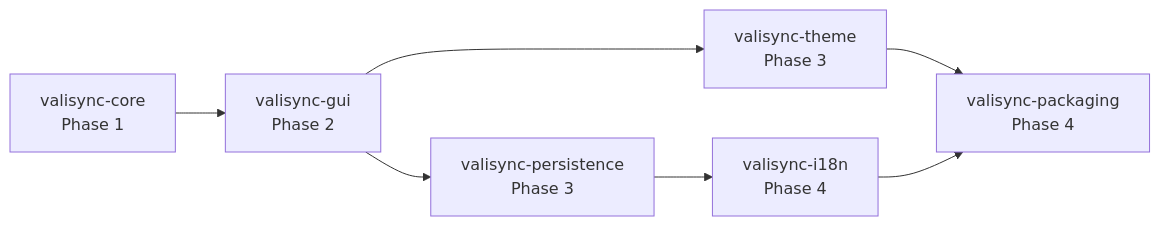
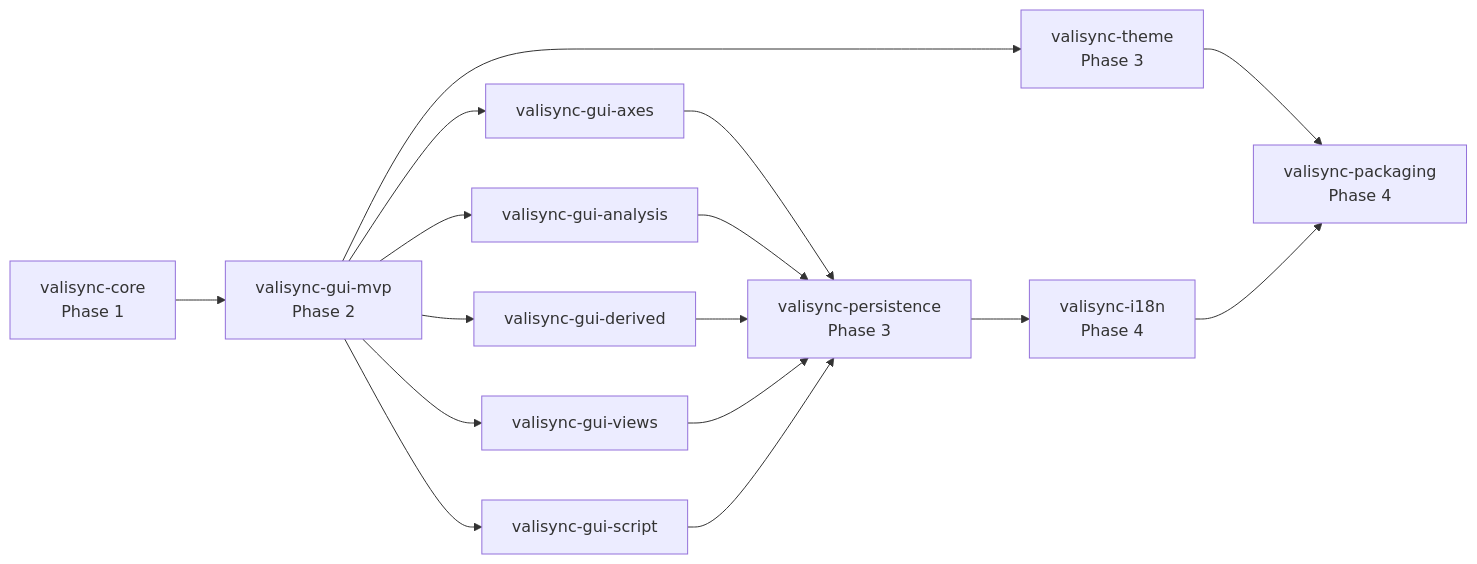
The second of 2 diagrams in docs/roadmap.md (tsuru0413/valisync), drawn with Mermaid before and after one commit. The commit also changed other lines of this file and 58 other files, not shown here.

First line of the commit message:
feat(gui): valisync-gui-mvp — GUI 歩く骨格（完成） (#1)

````diff
--- a/docs/roadmap.md
+++ b/docs/roadmap.md
@@ -177,9 +189,18 @@
 ```mermaid
 graph LR
-    CORE[valisync-core<br/>Phase 1] --> GUI[valisync-gui<br/>Phase 2]
-    GUI --> PERSIST[valisync-persistence<br/>Phase 3]
-    GUI --> THEME[valisync-theme<br/>Phase 3]
+    CORE[valisync-core<br/>Phase 1] --> MVP[valisync-gui-mvp<br/>Phase 2]
+    MVP --> AXES[valisync-gui-axes]
+    MVP --> ANALYSIS[valisync-gui-analysis]
+    MVP --> DERIVED[valisync-gui-derived]
+    MVP --> VIEWS[valisync-gui-views]
+    MVP --> SCRIPT[valisync-gui-script]
+    AXES --> PERSIST[valisync-persistence<br/>Phase 3]
+    ANALYSIS --> PERSIST
+    DERIVED --> PERSIST
+    VIEWS --> PERSIST
+    SCRIPT --> PERSIST
+    MVP --> THEME[valisync-theme<br/>Phase 3]
     PERSIST --> I18N[valisync-i18n<br/>Phase 4]
     THEME --> PKG[valisync-packaging<br/>Phase 4]
     I18N --> PKG
 ```
````
